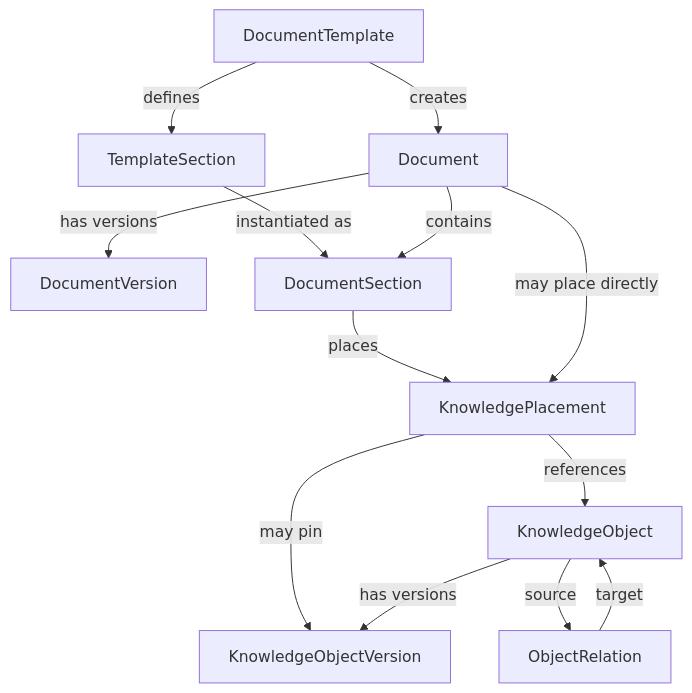
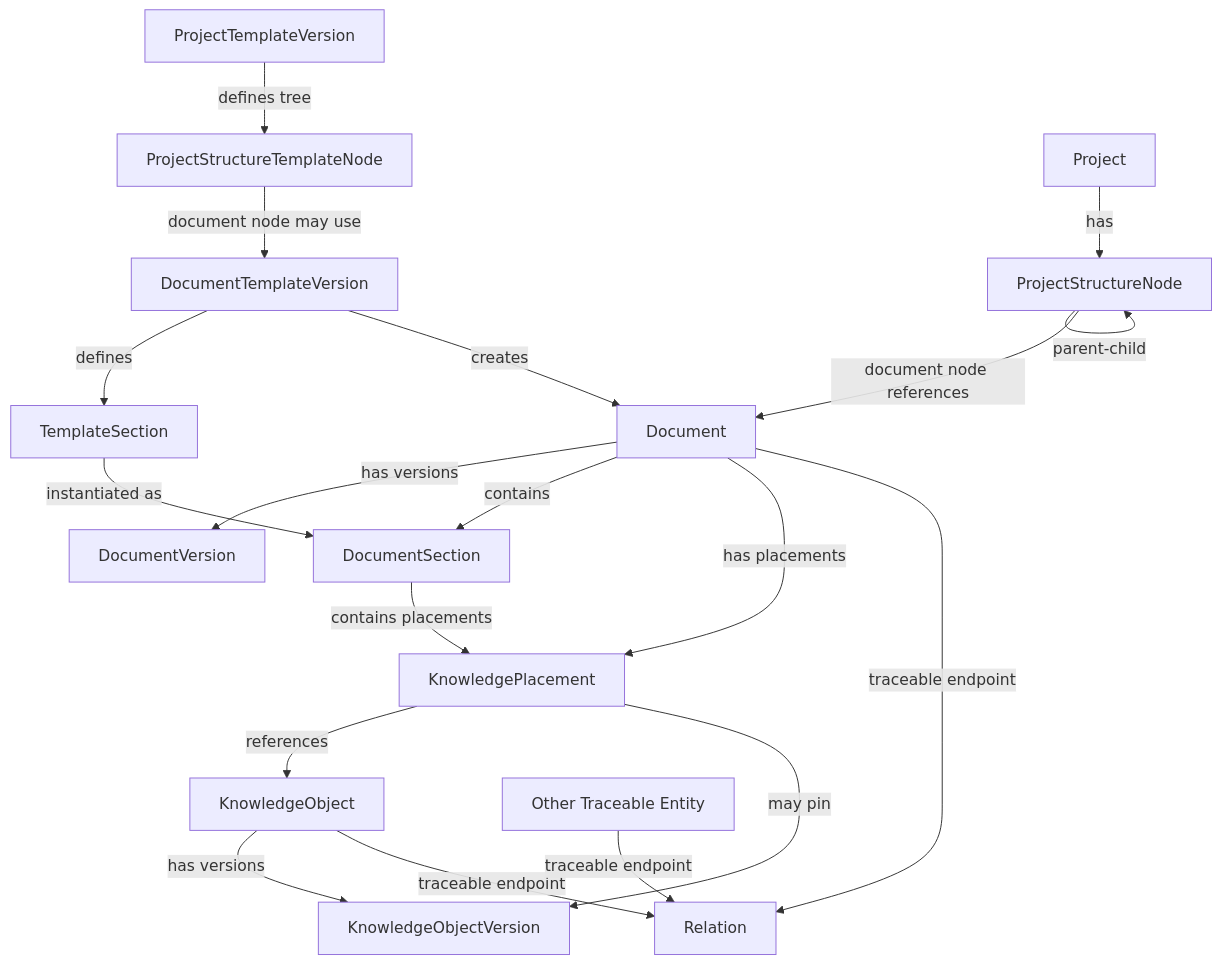
Before and after one commit to vuthanhdat/sample-repo: the first of 2 diagrams in docs/DOCUMENT-ENTITY-MODEL.md, drawn with Mermaid. The commit also changed other lines of this file, not shown here.

Commit message:
Separate structure tree from document semantics and generic traceability

````diff
--- a/docs/DOCUMENT-ENTITY-MODEL.md
+++ b/docs/DOCUMENT-ENTITY-MODEL.md
@@ -7,30 +13,41 @@
 ```mermaid
 flowchart TD
-    DT[DocumentTemplate]
+    PTV[ProjectTemplateVersion]
+    PST[ProjectStructureTemplateNode]
+    DTV[DocumentTemplateVersion]
     TS[TemplateSection]
+
+    P[Project]
+    PSN[ProjectStructureNode]
     D[Document]
     DV[DocumentVersion]
     DS[DocumentSection]
     KO[KnowledgeObject]
     KOV[KnowledgeObjectVersion]
     KP[KnowledgePlacement]
-    OR[ObjectRelation]
+    R[Relation]
+    X[Other Traceable Entity]
 
-    DT -->|defines| TS
-    DT -->|creates| D
+    PTV -->|defines tree| PST
+    PST -->|document node may use| DTV
+    DTV -->|defines| TS
+
+    P -->|has| PSN
+    PSN -->|parent-child| PSN
+    PSN -->|document node references| D
+
+    DTV -->|creates| D
+    D -->|has versions| DV
+    D -->|contains| DS
     TS -->|instantiated as| DS
 
-    D -->|has versions| DV
-    D -->|contains| DS
-
-    DS -->|places| KP
-    D -->|may place directly| KP
-
+    D -->|has placements| KP
+    DS -->|contains placements| KP
     KP -->|references| KO
     KP -->|may pin| KOV
-
     KO -->|has versions| KOV
 
-    KO -->|source| OR
-    OR -->|target| KO
+    D -->|traceable endpoint| R
+    KO -->|traceable endpoint| R
+    X -->|traceable endpoint| R
 ```
````
